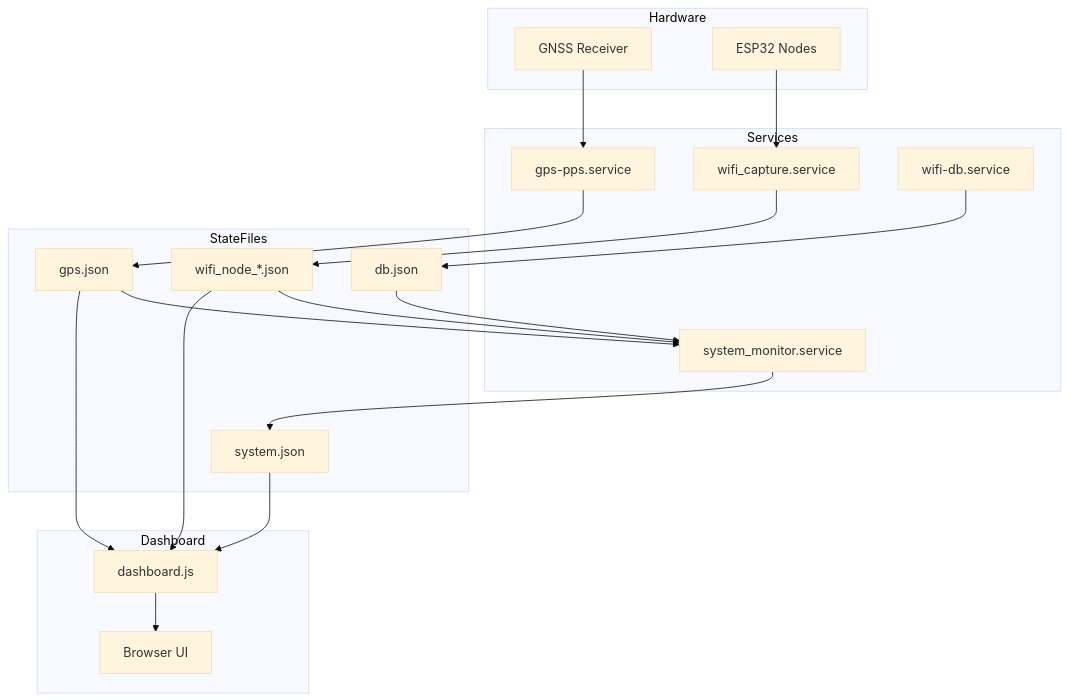
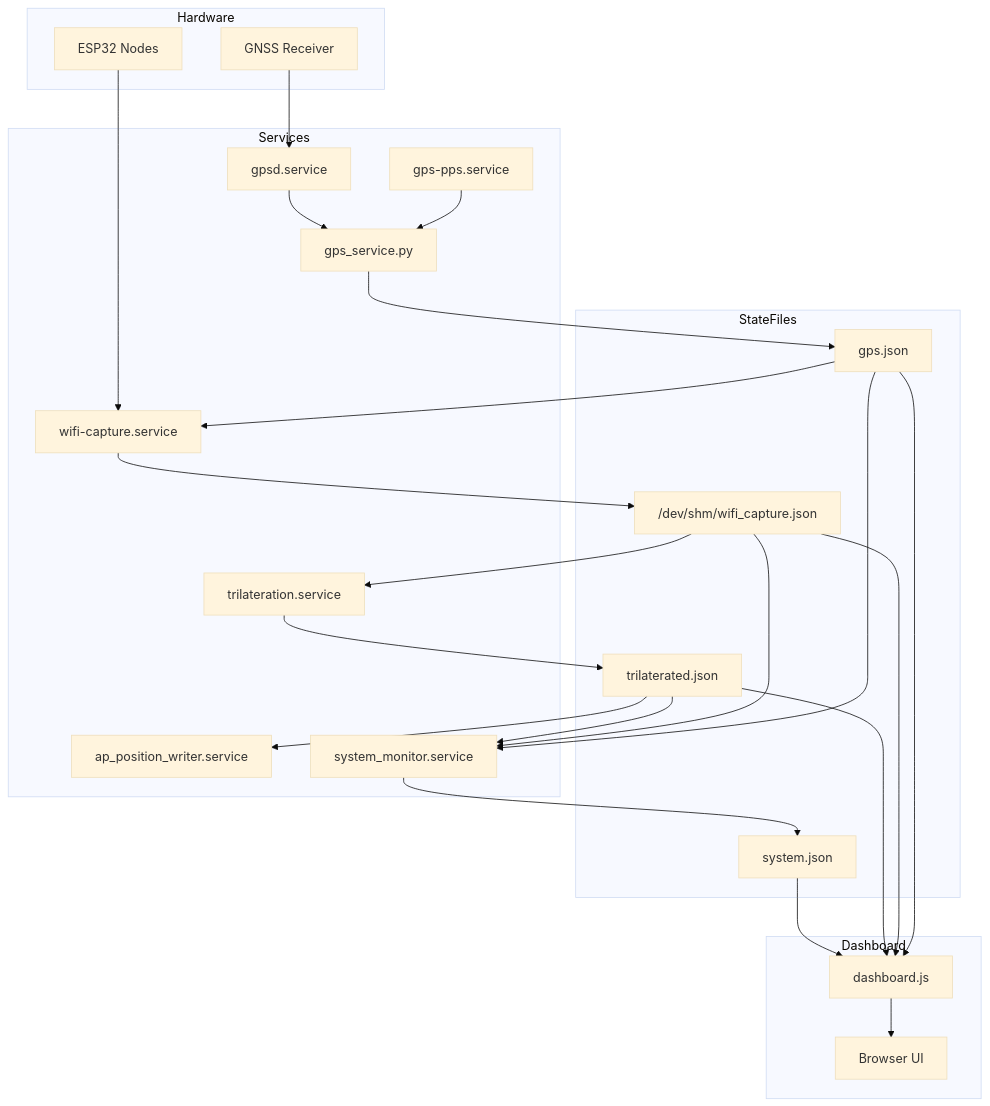
The first of 2 diagrams in dashboard.md (sbejarano/WiFi_Promiscuous), drawn with Mermaid (base theme) before and after one commit. The commit also changed other lines of this file, not shown here.

````diff
--- a/dashboard.md
+++ b/dashboard.md
@@ -11,41 +11,55 @@
 ```mermaid
 flowchart TD
 
     subgraph Hardware
-        GNSS[GNSS Receiver]
-        ESP[ESP32 Nodes]
+        GNSS["GNSS Receiver"]
+        ESP["ESP32 Nodes"]
     end
 
     subgraph Services
-        GPS[gps-pps.service]
-        WIFI[wifi_capture.service]
-        DB[wifi-db.service]
-        MON[system_monitor.service]
+        GPSD["gpsd.service"]
+        PPS["gps-pps.service"]
+        GPSSVC["gps_service.py"]
+        CAP["wifi-capture.service"]
+        TRI["trilateration.service"]
+        DBW["ap_position_writer.service"]
+        MON["system_monitor.service"]
     end
 
     subgraph StateFiles
-        GPSJ[gps.json]
-        WIFIN[wifi_node_*.json]
-        SYSJ[system.json]
-        DBJ[db.json]
+        GPSJ["gps.json"]
+        CAPJ["/dev/shm/wifi_capture.json"]
+        TRIJ["trilaterated.json"]
+        SYSJ["system.json"]
     end
 
     subgraph Dashboard
-        JS[dashboard.js]
-        UI[Browser UI]
+        JS["dashboard.js"]
+        UI["Browser UI"]
     end
 
-    GNSS --> GPS --> GPSJ
-    ESP --> WIFI --> WIFIN
-    DB --> DBJ
+    GNSS --> GPSD
+    PPS --> GPSSVC
+    GPSD --> GPSSVC
+    GPSSVC --> GPSJ
+
+    ESP --> CAP
+    GPSJ --> CAP
+    CAP --> CAPJ
+
+    CAPJ --> TRI
+    TRI --> TRIJ
+
+    TRIJ --> DBW
 
     GPSJ --> MON
-    WIFIN --> MON
-    DBJ --> MON
-
+    CAPJ --> MON
+    TRIJ --> MON
     MON --> SYSJ
 
-    SYSJ --> JS --> UI
     GPSJ --> JS
-    WIFIN --> JS
+    CAPJ --> JS
+    TRIJ --> JS
+    SYSJ --> JS
+    JS --> UI
 ```
````
